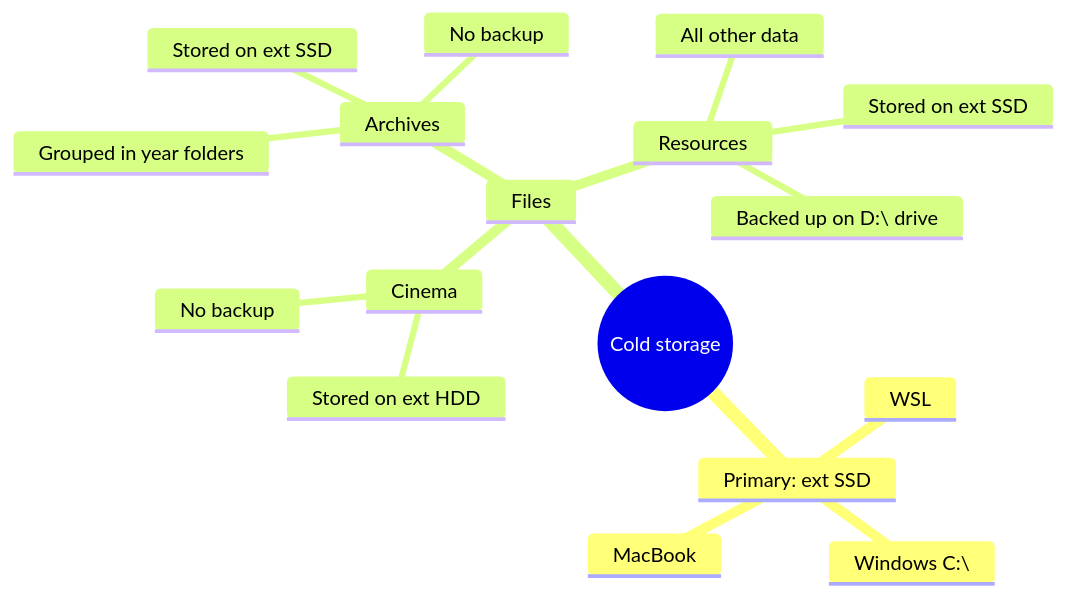
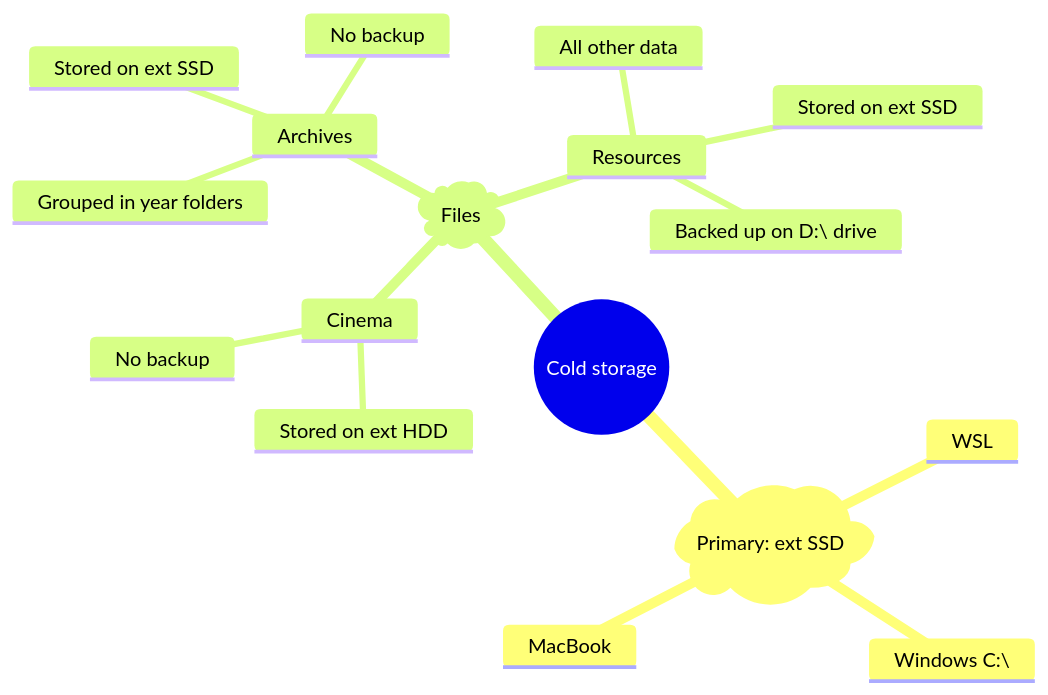
The diagram in content/Структура файлов на компьютерах.md (leins275/quartz), drawn with Mermaid before and after one commit.

Commit message:
vault backup: 2025-09-07 14:31:23

````diff
--- a/content/Структура файлов на компьютерах.md
+++ b/content/Структура файлов на компьютерах.md
@@ -22,20 +22,20 @@
 ```mermaid
 mindmap
 	root((Cold storage))
-		Primary: ext SSD
+		ch1)Primary: ext SSD(
 			WSL
 			Windows C:\
 			MacBook
-		Files
+		ch2)Files(
 			Cinema 
 				Stored on ext HDD
 				No backup
 			Archives
 				Grouped in year folders
 				Stored on ext SSD
 				No backup
 			Resources
 				All other data
 				Stored on ext SSD
 				Backed up on D:\ drive
 ```
````
